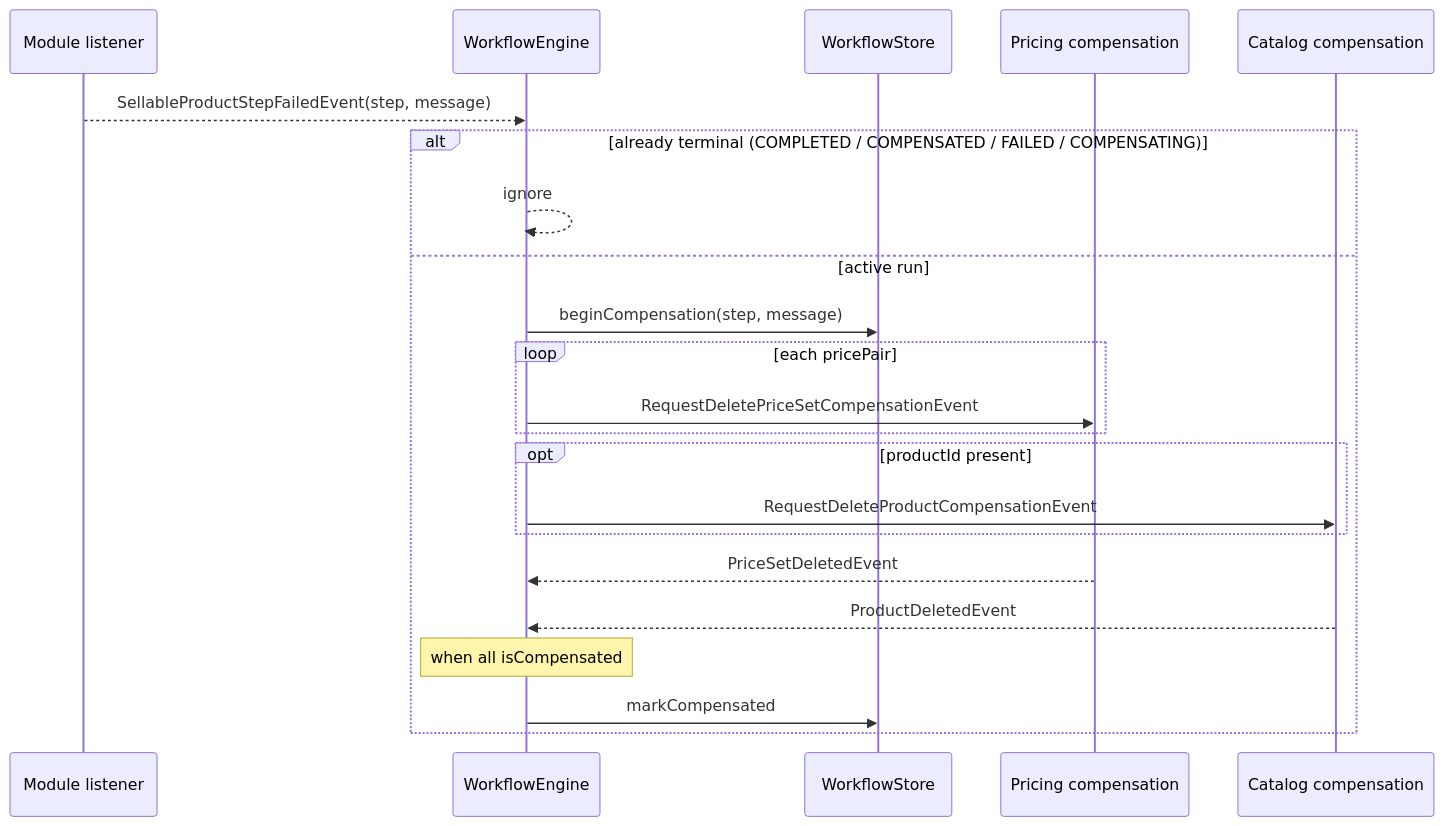
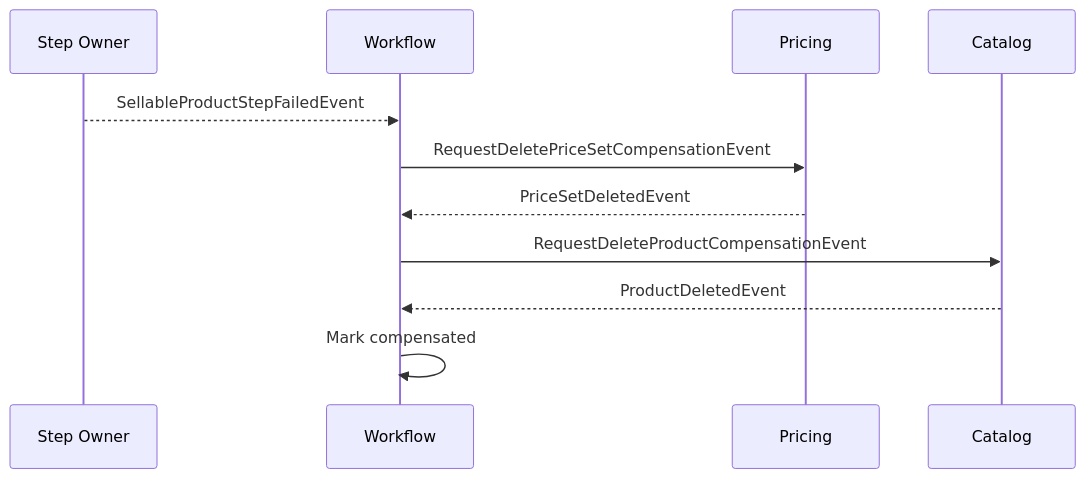
One commit to khinemyaezin/grab changed the second of 2 diagrams in docs/workflows/create-sellable-product.md. Above: the diagram before and after it, drawn with Mermaid. The commit also changed other lines of this file and 43 other files, not shown here.

Commit message:
feat: enhance sellable product integration with variantId and partial application support

````diff
--- a/docs/workflows/create-sellable-product.md
+++ b/docs/workflows/create-sellable-product.md
@@ -183,25 +102,14 @@
 ```mermaid
 sequenceDiagram
-    participant Mod as Module listener
-    participant E as WorkflowEngine
-    participant WS as WorkflowStore
-    participant Price as Pricing compensation
-    participant Cat as Catalog compensation
+    participant StepOwner as Step Owner
+    participant Workflow
+    participant Pricing
+    participant Catalog
 
-    Mod-->>E: SellableProductStepFailedEvent(step, message)
-    alt already terminal (COMPLETED / COMPENSATED / FAILED / COMPENSATING)
-        E-->>E: ignore
-    else active run
-        E->>WS: beginCompensation(step, message)
-        loop each pricePair
-            E->>Price: RequestDeletePriceSetCompensationEvent
-        end
-        opt productId present
-            E->>Cat: RequestDeleteProductCompensationEvent
-        end
-        Price-->>E: PriceSetDeletedEvent
-        Cat-->>E: ProductDeletedEvent
-        Note over E: when all isCompensated
-        E->>WS: markCompensated
-    end
+    StepOwner-->>Workflow: SellableProductStepFailedEvent
+    Workflow->>Pricing: RequestDeletePriceSetCompensationEvent
+    Pricing-->>Workflow: PriceSetDeletedEvent
+    Workflow->>Catalog: RequestDeleteProductCompensationEvent
+    Catalog-->>Workflow: ProductDeletedEvent
+    Workflow->>Workflow: Mark compensated
 ```
````
